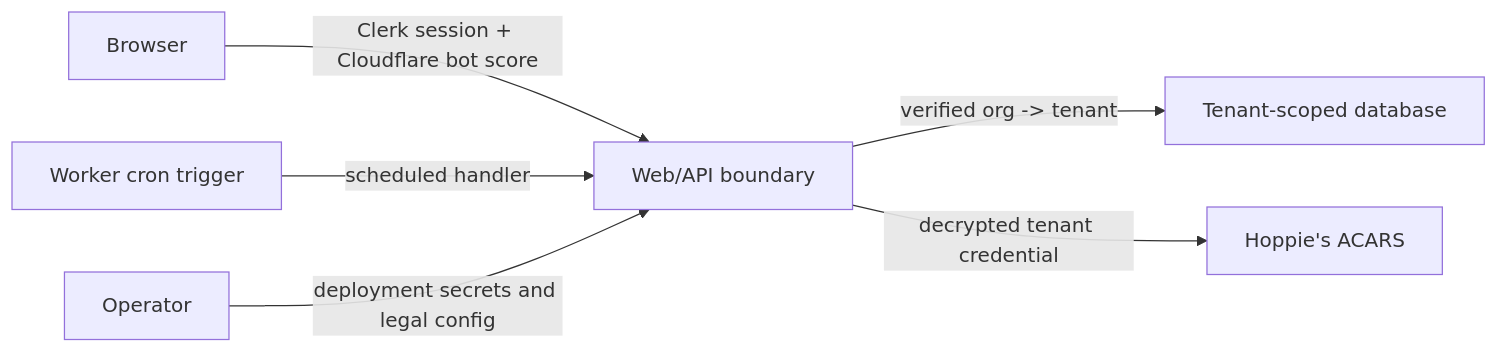
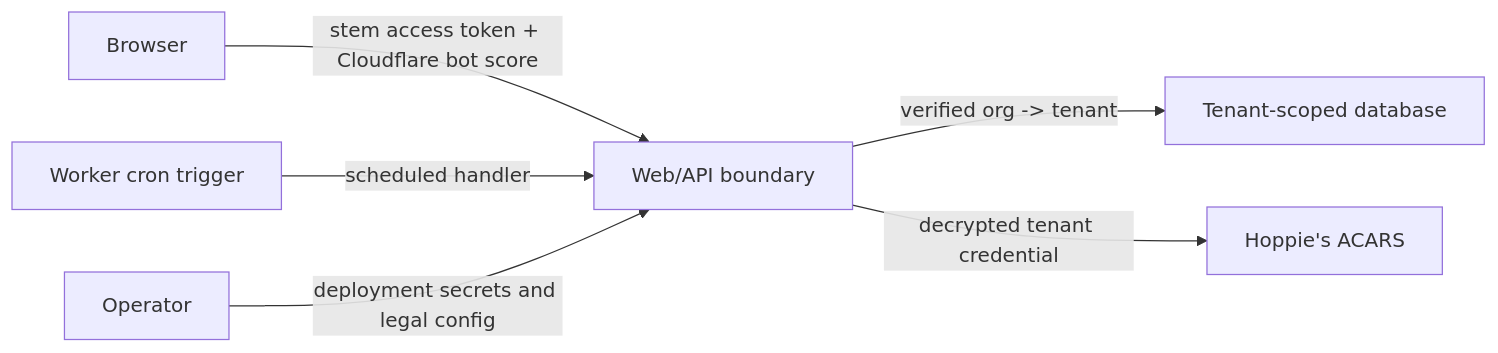
One commit to shiftbloom-studio/va-dispatcher changed the diagram in wiki/Security-and-Privacy.md. Above: the diagram before and after it, drawn with Mermaid. The commit also changed other lines of this file and 87 other files, not shown here.

First line of the commit message:
feat(web): sign in with stem instead of Clerk

````diff
--- a/wiki/Security-and-Privacy.md
+++ b/wiki/Security-and-Privacy.md
@@ -7,8 +7,8 @@
 ```mermaid
 flowchart LR
-    B["Browser"] -->|"Clerk session + Cloudflare bot score"| W["Web/API boundary"]
+    B["Browser"] -->|"stem access token + Cloudflare bot score"| W["Web/API boundary"]
     W -->|"verified org -> tenant"| D["Tenant-scoped database"]
     W -->|"decrypted tenant credential"| H["Hoppie's ACARS"]
     V["Worker cron trigger"] -->|"scheduled handler"| W
     O["Operator"] -->|"deployment secrets and legal config"| W
 ```
````
